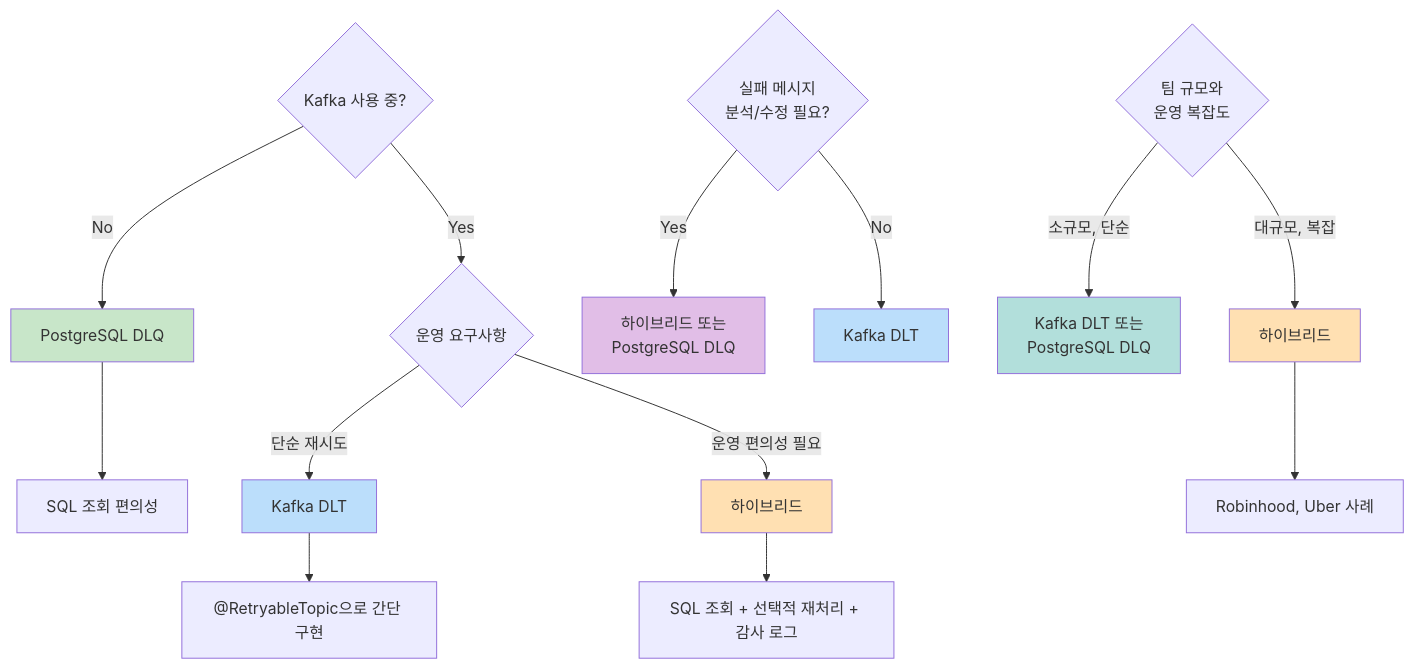
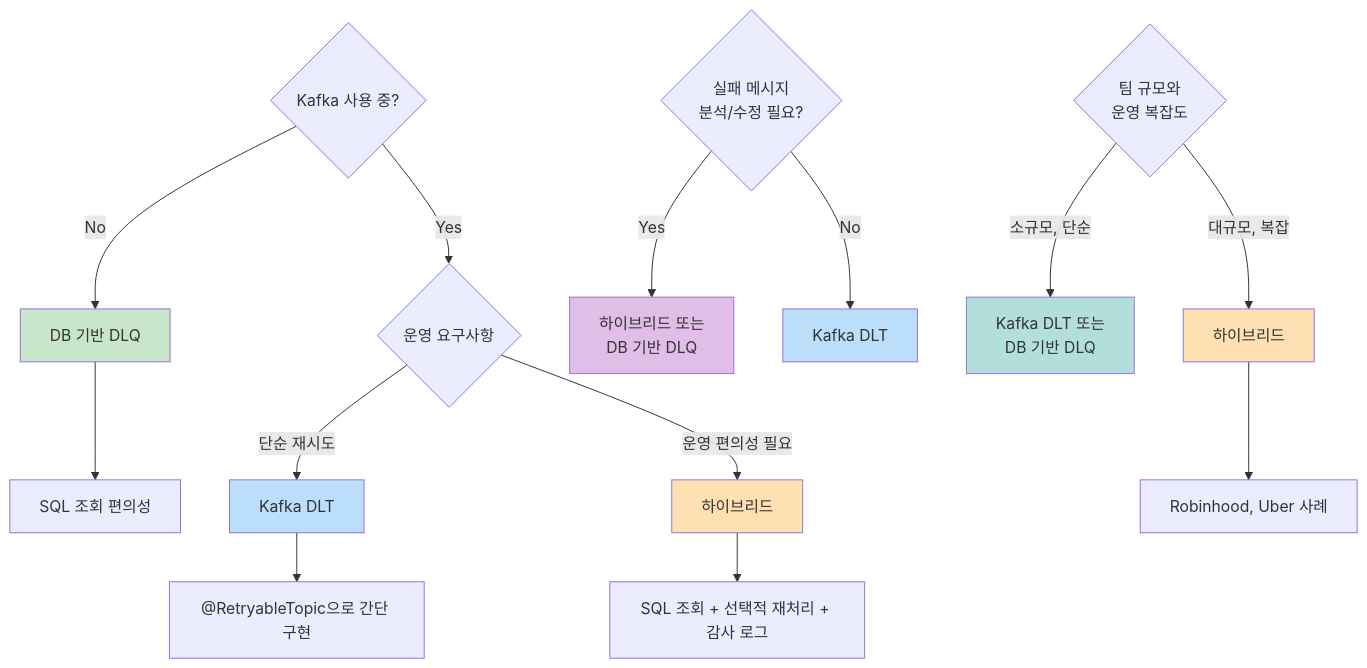
Before and after one commit to Gyeom/dev-notes: the second of 2 diagrams in content/posts/2025-09-15-dlq-retry-strategy-kafka-postgresql.md, drawn with Mermaid. The commit also changed other lines of this file and 1 other file, not shown here.

Commit message:
Update: DLQ 포스트 제목/본문 수정 (PostgreSQL → DB 기반), testcontainers Mermaid 레이아웃 개선

````diff
--- a/content/posts/2025-09-15-dlq-retry-strategy-kafka-postgresql.md
+++ b/content/posts/2025-09-15-dlq-retry-strategy-kafka-postgresql.md
@@ -555,27 +551,27 @@
 ```mermaid
 flowchart TD
-    A{Kafka 사용 중?} -->|No| B[PostgreSQL DLQ]
+    A{Kafka 사용 중?} -->|No| B[DB 기반 DLQ]
     B --> B1[SQL 조회 편의성]
 
     A -->|Yes| C{운영 요구사항}
     C -->|단순 재시도| D[Kafka DLT]
     D --> D1["@RetryableTopic으로 간단 구현"]
 
     C -->|운영 편의성 필요| E[하이브리드]
     E --> E1[SQL 조회 + 선택적 재처리 + 감사 로그]
 
-    F{실패 메시지<br/>분석/수정 필요?} -->|Yes| G[하이브리드 또는<br/>PostgreSQL DLQ]
+    F{실패 메시지<br/>분석/수정 필요?} -->|Yes| G[하이브리드 또는<br/>DB 기반 DLQ]
     F -->|No| H[Kafka DLT]
 
-    I{팀 규모와<br/>운영 복잡도} -->|소규모, 단순| J[Kafka DLT 또는<br/>PostgreSQL DLQ]
+    I{팀 규모와<br/>운영 복잡도} -->|소규모, 단순| J[Kafka DLT 또는<br/>DB 기반 DLQ]
     I -->|대규모, 복잡| K[하이브리드]
     K --> K1[Robinhood, Uber 사례]
 
     style B fill:#c8e6c9
     style D fill:#bbdefb
     style E fill:#ffe0b2
     style G fill:#e1bee7
     style H fill:#bbdefb
     style J fill:#b2dfdb
     style K fill:#ffe0b2
 ```
````
